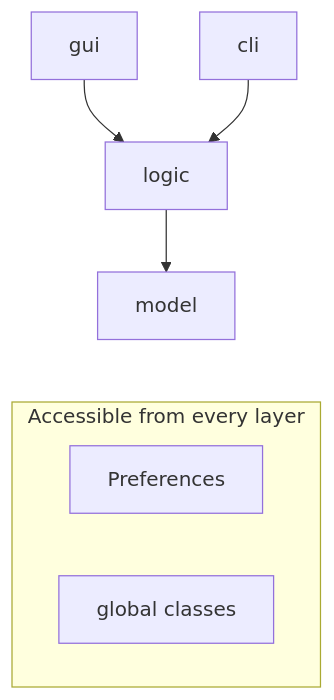
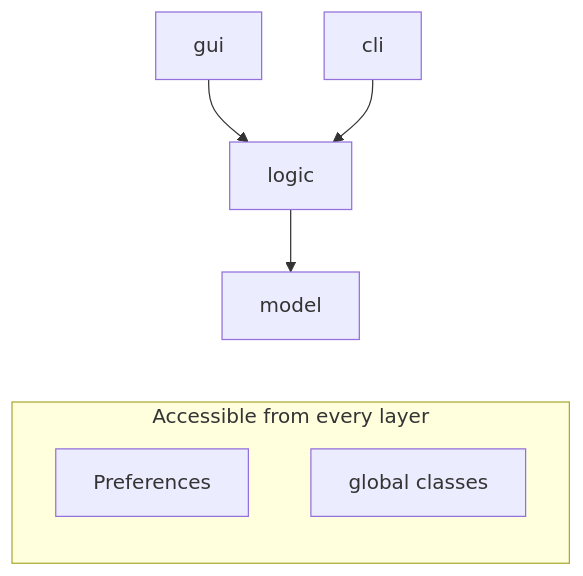
The diagram in docs/architecture-and-components.md (JabRef/jabref), drawn with Mermaid before and after one commit.

````diff
--- a/docs/architecture-and-components.md
+++ b/docs/architecture-and-components.md
@@ -29,20 +29,20 @@
 ```mermaid
 flowchart TD
     subgraph shared["Accessible from every layer"]
-        direction LR
+        direction TD
         preferences["Preferences"]
         global["global classes"]
     end
     gui["gui"] --> logic["logic"]
     cli["cli"] --> logic
     logic --> model["model"]
     model ~~~ shared
 
     preferences:::component
     global:::component
     gui:::layer
     logic:::component
     cli:::layer
     model:::component
 
 ```
````
